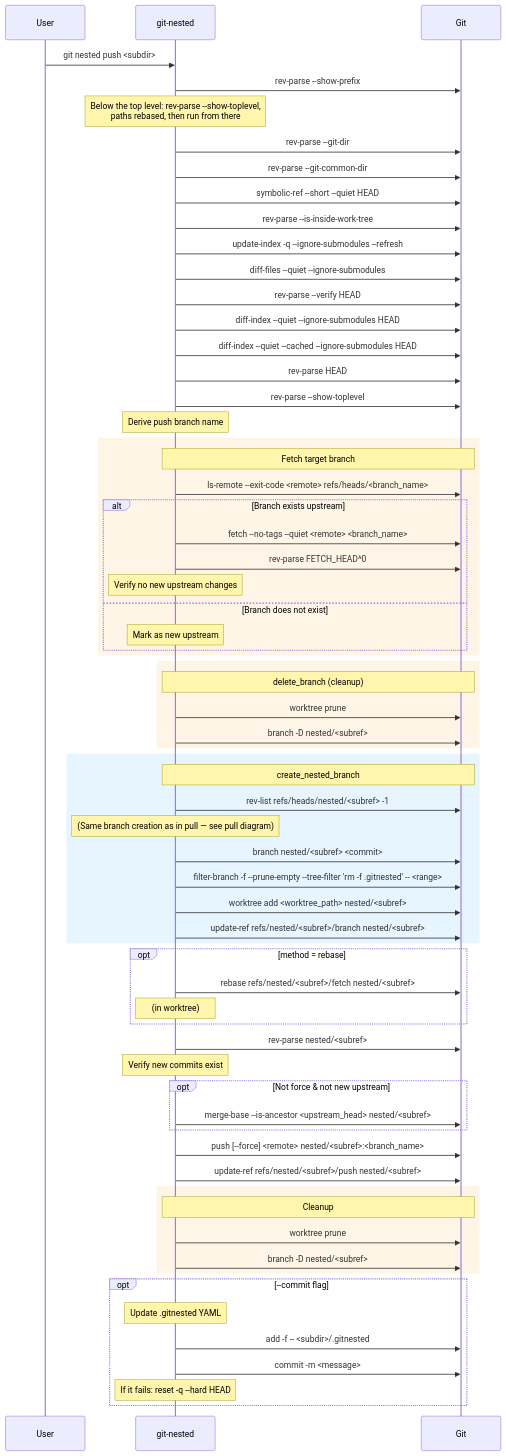
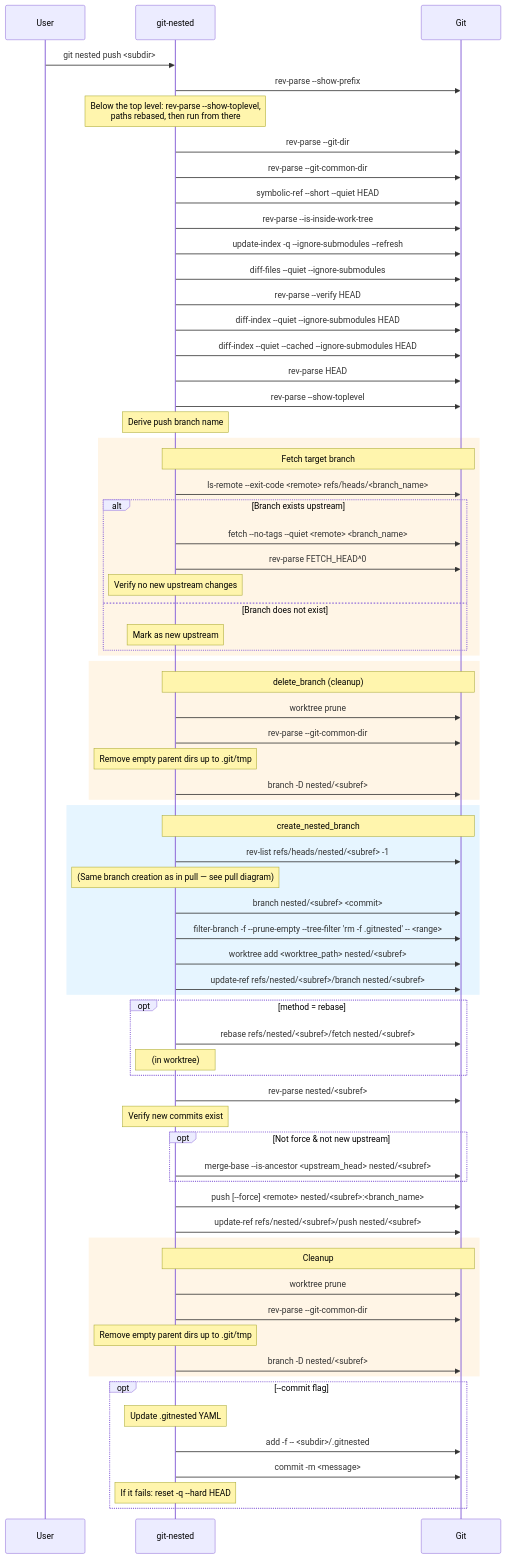
Before and after one commit to thorsten-klein/git-nested: the fifth of 14 diagrams in docs/diagrams.md, drawn with Mermaid. The commit also changed other lines of this file and 2 other files, not shown here.

First line of the commit message:
fix: `clean` removes the empty directories under `.git/tmp` (#120)

```diff
--- a/docs/diagrams.md
+++ b/docs/diagrams.md
@@ -267,6 +271,8 @@
     rect rgb(255, 245, 230)
         Note over git-nested,Git: delete_branch (cleanup)
         git-nested->>Git: worktree prune
+        git-nested->>Git: rev-parse --git-common-dir
+        Note over git-nested: Remove empty parent dirs up to .git/tmp
         git-nested->>Git: branch -D nested/<subref>
     end
 
@@ -298,6 +304,8 @@
     rect rgb(255, 245, 230)
         Note over git-nested,Git: Cleanup
         git-nested->>Git: worktree prune
+        git-nested->>Git: rev-parse --git-common-dir
+        Note over git-nested: Remove empty parent dirs up to .git/tmp
         git-nested->>Git: branch -D nested/<subref>
     end
 
```
